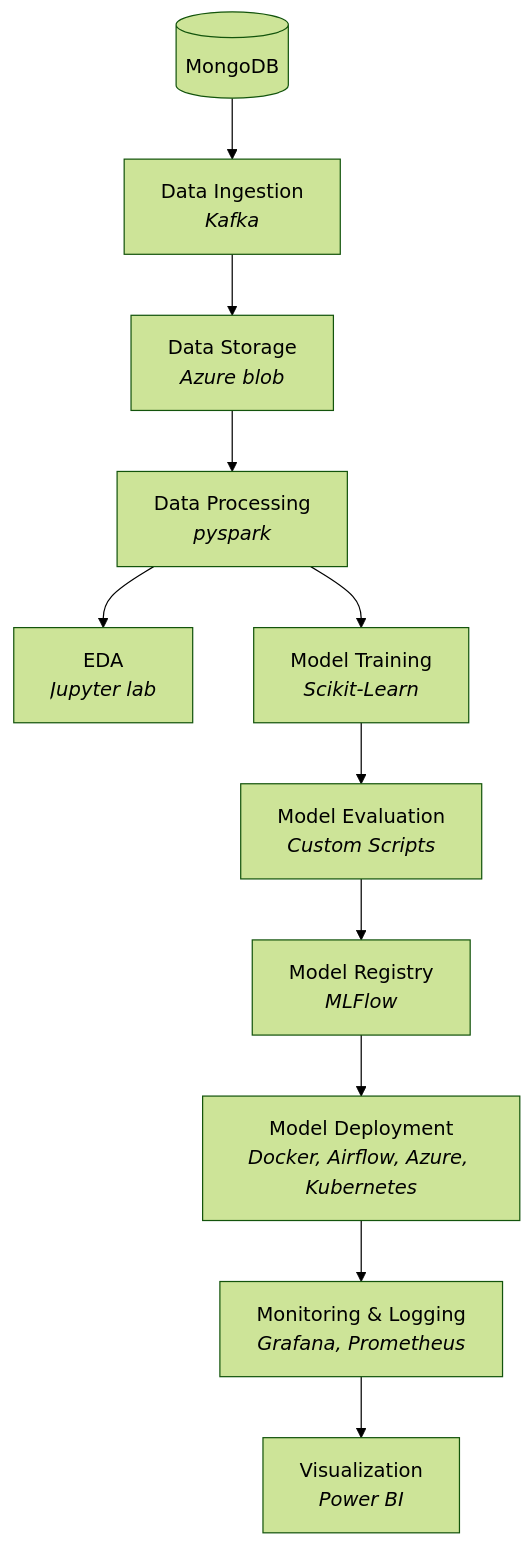
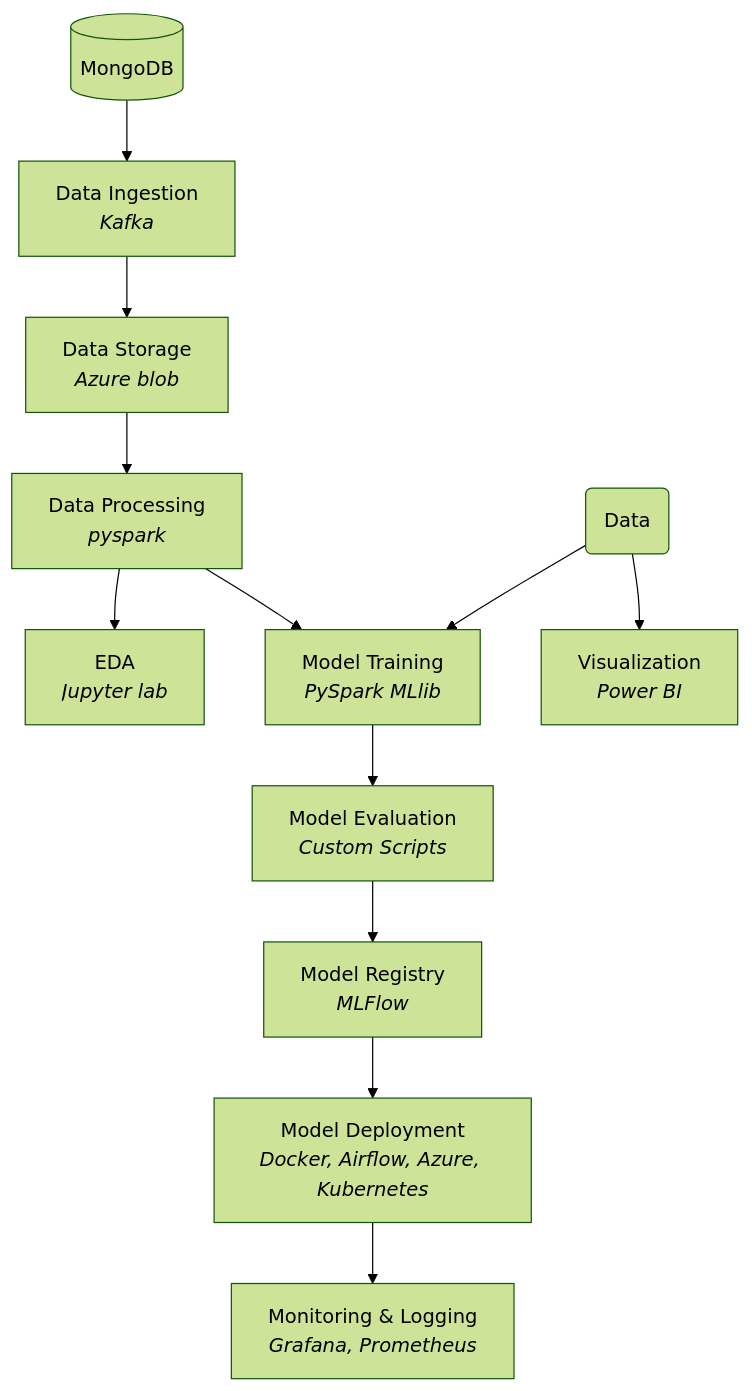
One commit to lintosunny/Credit-Card-Fraud-Detection-Using-Machine-Learning changed the second of 2 diagrams in README.md. Above: the diagram before and after it, drawn with Mermaid (forest theme).

````diff
--- a/README.md
+++ b/README.md
@@ -39,23 +39,25 @@
 ```mermaid
 flowchart TD
     A[(MongoDB)] --> B["`Data Ingestion
     _Kafka_`"]
     B --> C["`Data Storage
     _Azure blob_`"]
     C --> D["`Data Processing
     _pyspark_`"]
     D --> E["`EDA
     _Jupyter lab_`"]
     D --> F["`Model Training
-    _Scikit-Learn_`"]
+    _PySpark MLlib_`"]
+    L(Data) --> F
+    L --> K["`Visualization
+    _Power BI_`"]
     F --> G["`Model Evaluation
     _Custom Scripts_`"]
     G --> H["`Model Registry
     _MLFlow_`"]
     H --> I["`Model Deployment
     _Docker, Airflow, Azure, Kubernetes_`"]
     I --> J["`Monitoring & Logging
     _Grafana, Prometheus_`"]
-    J --> K["`Visualization
-    _Power BI_`"]
+    
 ```
````
